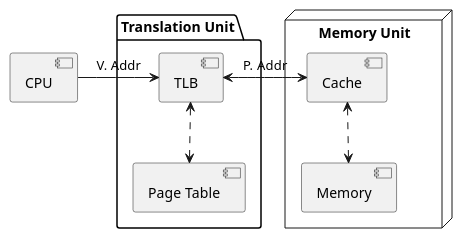
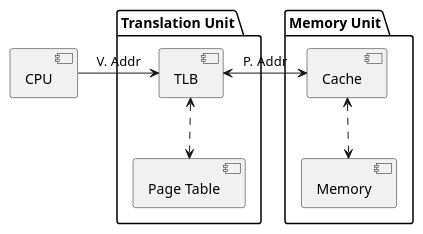
One commit to ashwinreddy/wiki changed the diagram in Computer-Science/Page table.md. Above: the diagram before and after it, drawn with PlantUML.

Commit message:
Updated Page table.md (markdown)

```diff
--- a/Computer-Science/Page table.md
+++ b/Computer-Science/Page table.md
@@ -6,19 +6,19 @@
 @startuml
 
 package "Translation Unit" {
   [TLB]
   [Page Table]
 }
 
-node "Memory Unit" {
+package "Memory Unit" {
     [Cache]
     [Memory]
 }
 
 [CPU]
 
 [CPU] -> [TLB]: V. Addr
 [TLB] <-> [Cache]: P. Addr
 [TLB] <..> [Page Table]
 [Cache] <..> [Memory]
 @enduml
```
